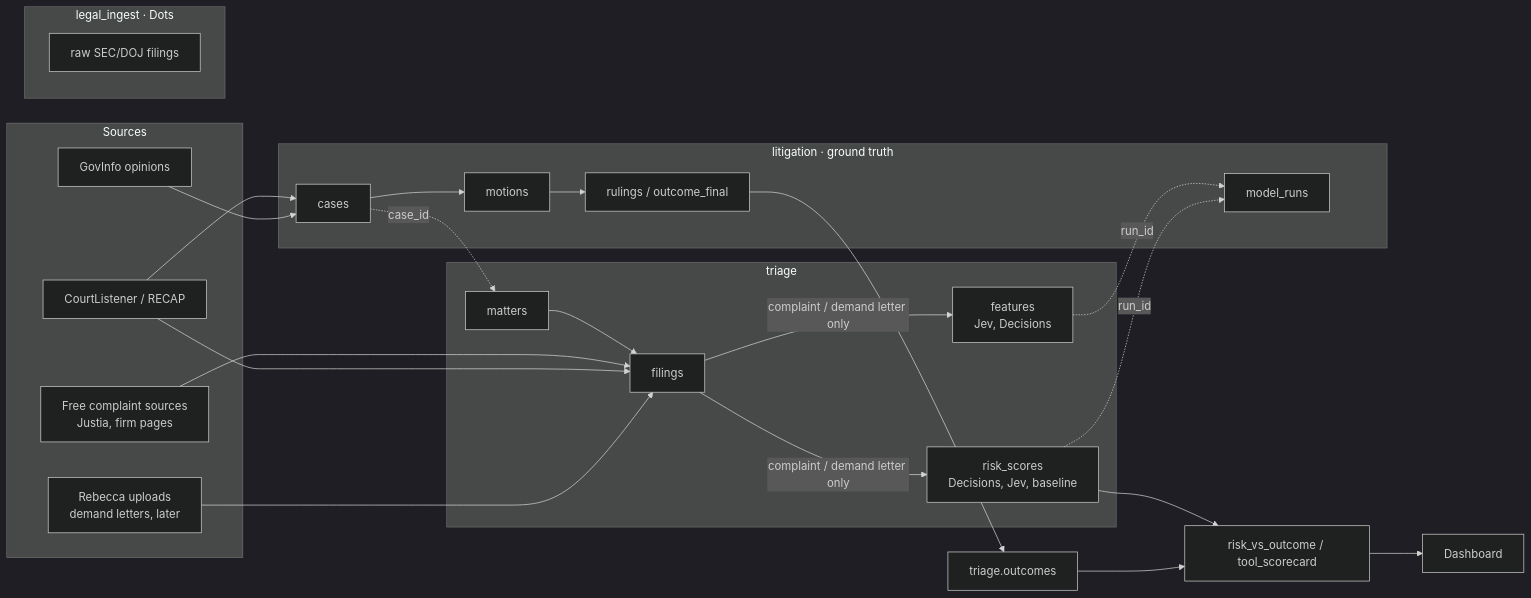
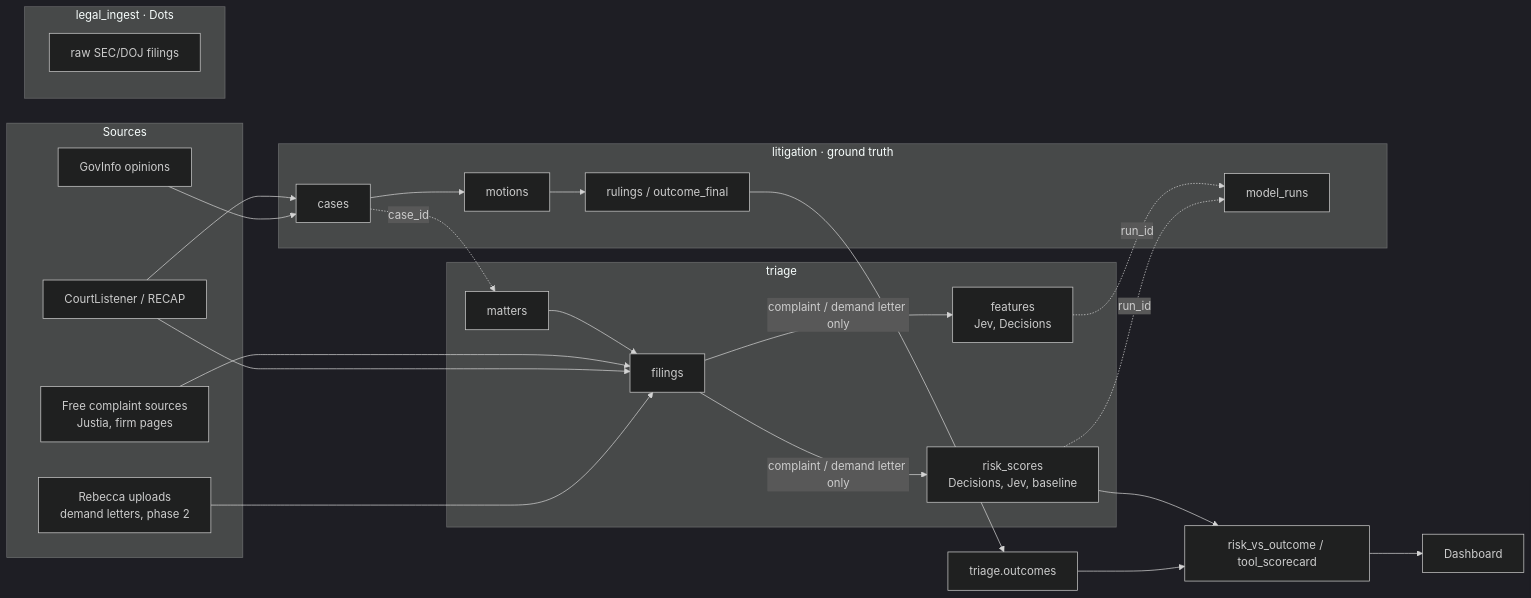
The diagram in risk-triage/DESIGN.md (rbpasternak-tech/employment-complaint-risk-triage), drawn with Mermaid (dark theme) before and after one commit. The commit also changed other lines of this file and 1 other file, not shown here.

Commit message:
Clarify demand letters as phase 2 proof of concept

````diff
--- a/risk-triage/DESIGN.md
+++ b/risk-triage/DESIGN.md
@@ -20,29 +22,29 @@
 ```mermaid
 flowchart LR
   subgraph Sources
     CL[CourtListener / RECAP]
     GI[GovInfo opinions]
     FC[Free complaint sources<br/>Justia, firm pages]
-    UP[Rebecca uploads<br/>demand letters, later]
+    UP[Rebecca uploads<br/>demand letters, phase 2]
   end
   subgraph legal_ingest [legal_ingest · Dots]
     LI[raw SEC/DOJ filings]
   end
   subgraph triage
     M[matters] --> F[filings]
     F -->|complaint / demand letter only| FX[features<br/>Jev, Decisions]
     F -->|complaint / demand letter only| RS[risk_scores<br/>Decisions, Jev, baseline]
   end
   subgraph litigation [litigation · ground truth]
     C[cases] --> MO[motions] --> R[rulings / outcome_final]
     MR[model_runs]
   end
   CL & GI --> C
   FC & CL --> F
   UP --> F
   C -. case_id .-> M
   R --> O[triage.outcomes]
   RS --> V[risk_vs_outcome / tool_scorecard]
   O --> V --> D[Dashboard]
   FX & RS -. run_id .-> MR
 ```
````
